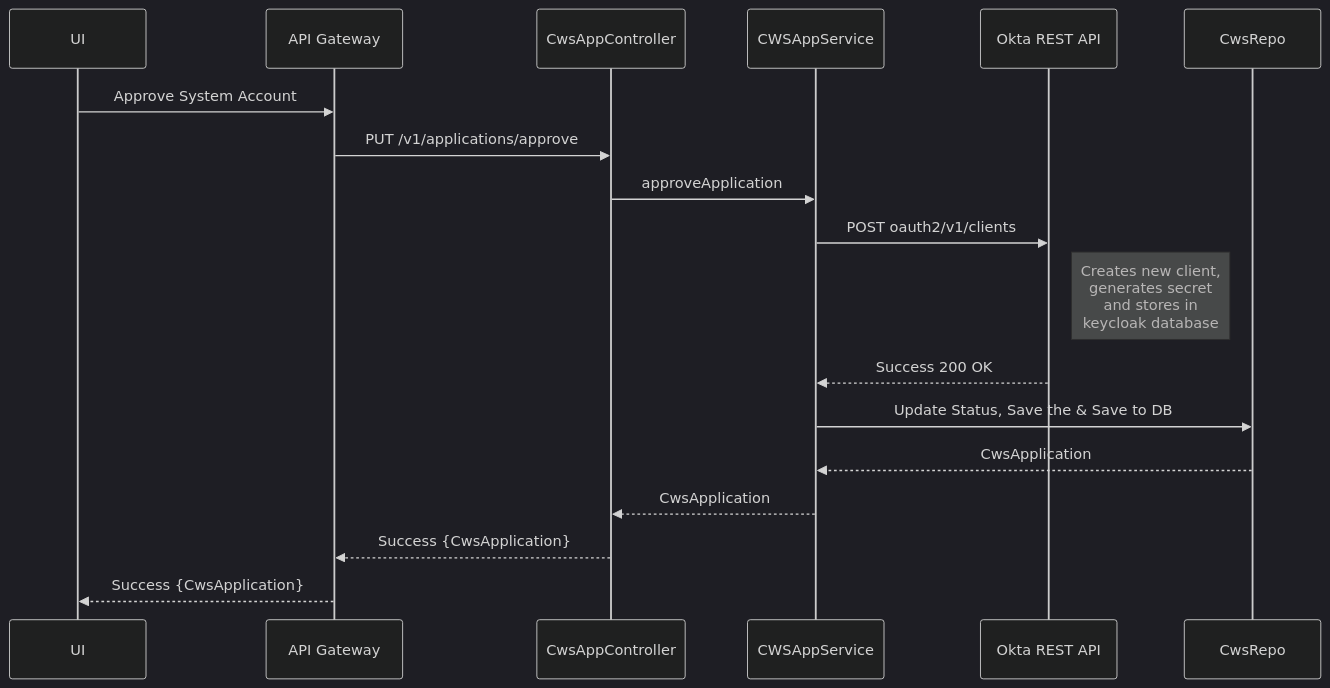
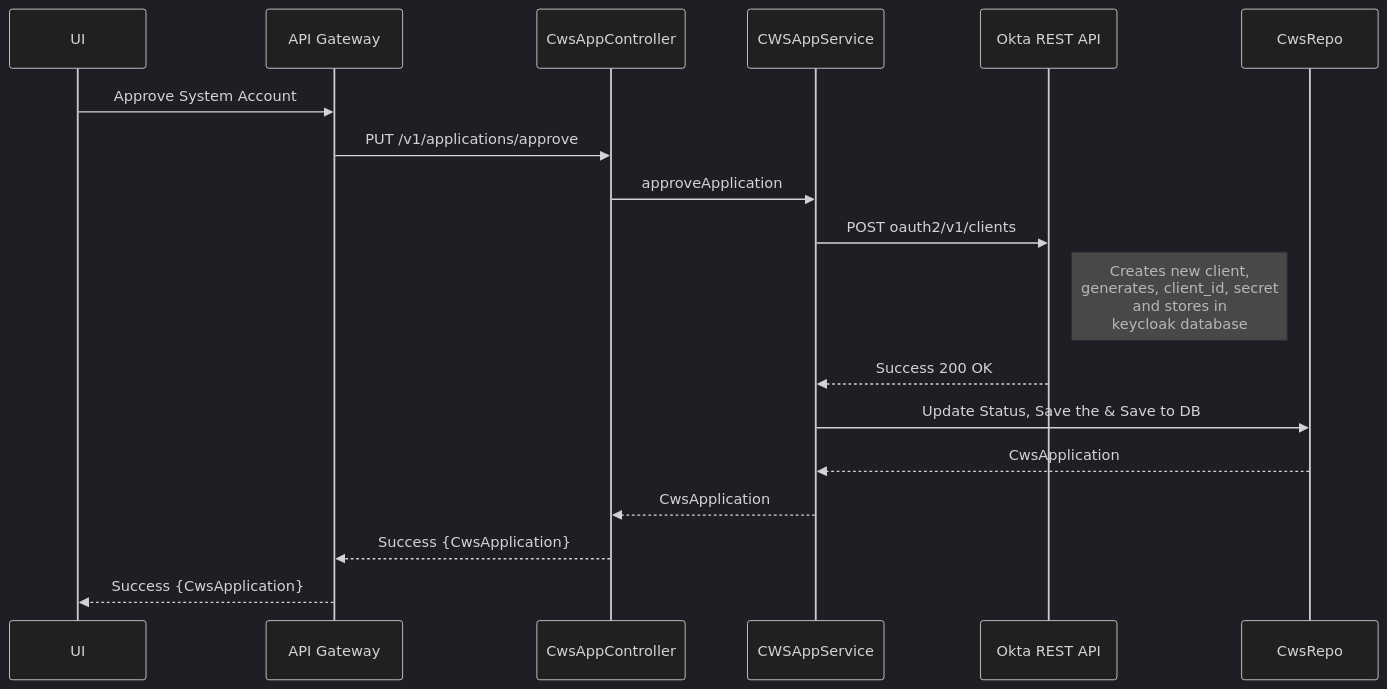
The first of 4 diagrams in README.md (venuduggireddy/slakedit), drawn with Mermaid (dark theme) before and after one commit. The commit also changed other lines of this file, not shown here.

````diff
--- a/README.md
+++ b/README.md
@@ -74,14 +74,14 @@
 ```mermaid
 sequenceDiagram
 UI ->> API Gateway: Approve System Account
 API Gateway->>CwsAppController: PUT /v1/applications/approve
 CwsAppController->> CWSAppService: approveApplication
 CWSAppService ->> Okta REST API: POST oauth2/v1/clients
-Note right of Okta REST API: Creates new client,<br/>generates secret<br/> and stores in <br/> keycloak database
+Note right of Okta REST API: Creates new client,<br/>generates, client_id, secret<br/> and stores in <br/> keycloak database
 Okta REST API -->> CWSAppService : Success 200 OK
 CWSAppService ->> CwsRepo: Update Status, Save the & Save to DB 
 CwsRepo -->> CWSAppService: CwsApplication
 CWSAppService -->> CwsAppController: CwsApplication
 CwsAppController -->> API Gateway: Success {CwsApplication}
 API Gateway -->> UI: Success {CwsApplication}
 ```
````
